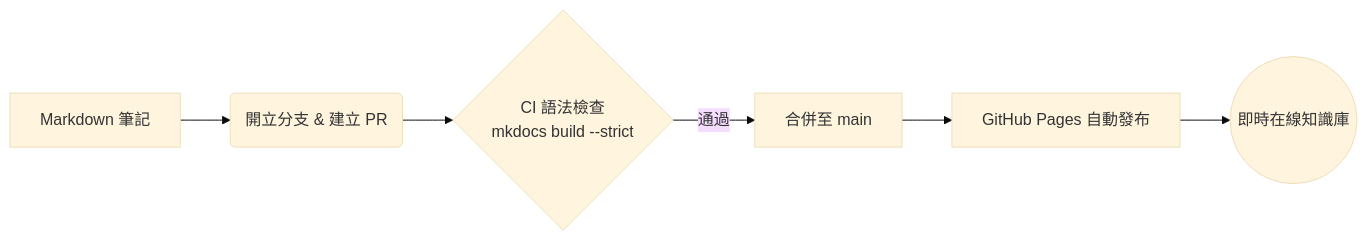
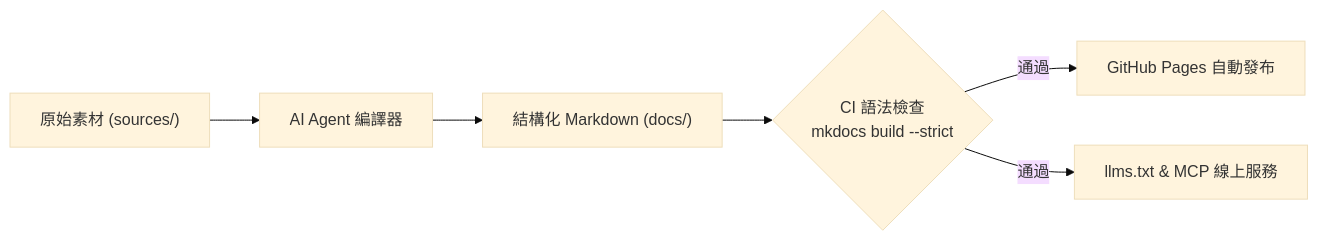
Before and after one commit to windcoldchen/windcold-kb: the diagram in docs/index.md, drawn with Mermaid (base theme). The commit also changed other lines of this file and 8 other files, not shown here.

````diff
--- a/docs/index.md
+++ b/docs/index.md
@@ -67,8 +75,8 @@
 ```mermaid
-graph LR
-    A[Markdown 筆記] --> B(開立分支 & 建立 PR)
-    B --> C{CI 語法檢查<br/>mkdocs build --strict}
-    C -->|通過| D[合併至 main]
-    D --> E[GitHub Pages 自動發布]
-    E --> F((即時在線知識庫))
+flowchart LR
+    A["原始素材 (sources/)"] --> B["AI Agent 編譯器"]
+    B --> C["結構化 Markdown (docs/)"]
+    C --> D{"CI 語法檢查<br/>mkdocs build --strict"}
+    D -->|"通過"| E["GitHub Pages 自動發布"]
+    D -->|"通過"| F["llms.txt & MCP 線上服務"]
 ```
````
